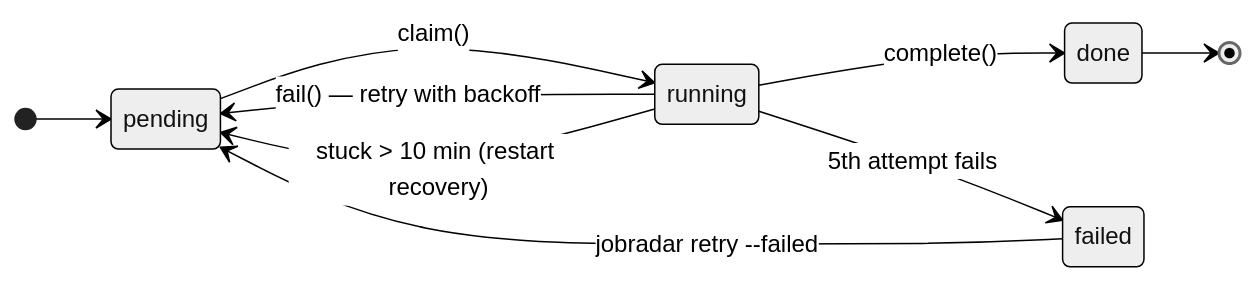
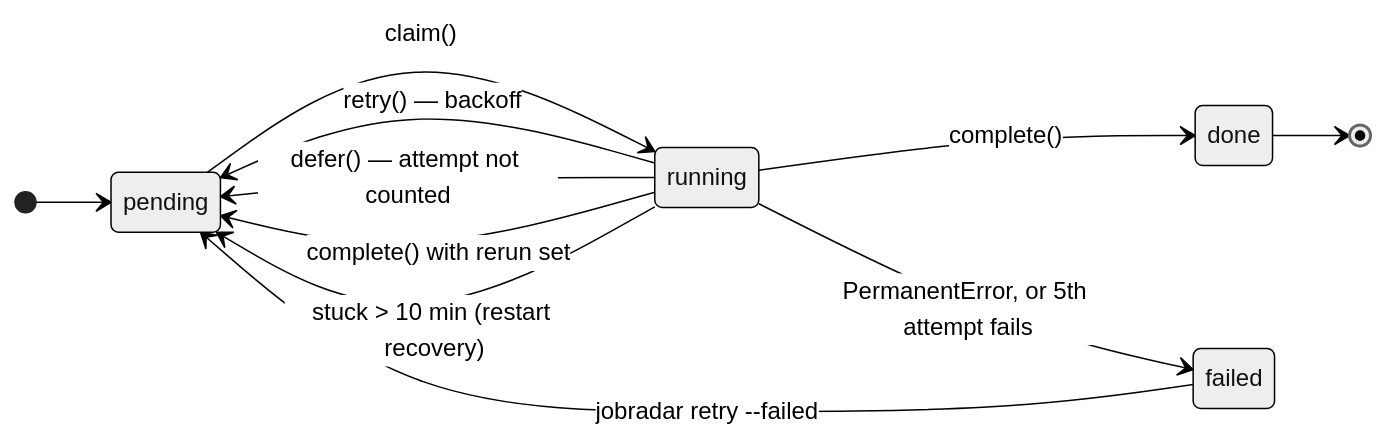
The fourth of 6 diagrams in docs/LLD.md (ThePlator/JobRadar), drawn with Mermaid (neutral theme) before and after one commit. The commit also changed other lines of this file and 14 other files, not shown here.

````diff
--- a/docs/LLD.md
+++ b/docs/LLD.md
@@ -474,12 +488,14 @@
 ```mermaid
 stateDiagram-v2
     direction LR
     [*] --> pending
     pending --> running : claim()
     running --> done : complete()
-    running --> pending : fail() — retry with backoff
-    running --> failed : 5th attempt fails
+    running --> pending : retry() — backoff
+    running --> pending : defer() — attempt not counted
+    running --> pending : complete() with rerun set
+    running --> failed : PermanentError, or 5th attempt fails
     running --> pending : stuck > 10 min (restart recovery)
     done --> [*]
     failed --> pending : jobradar retry --failed
 ```
````
